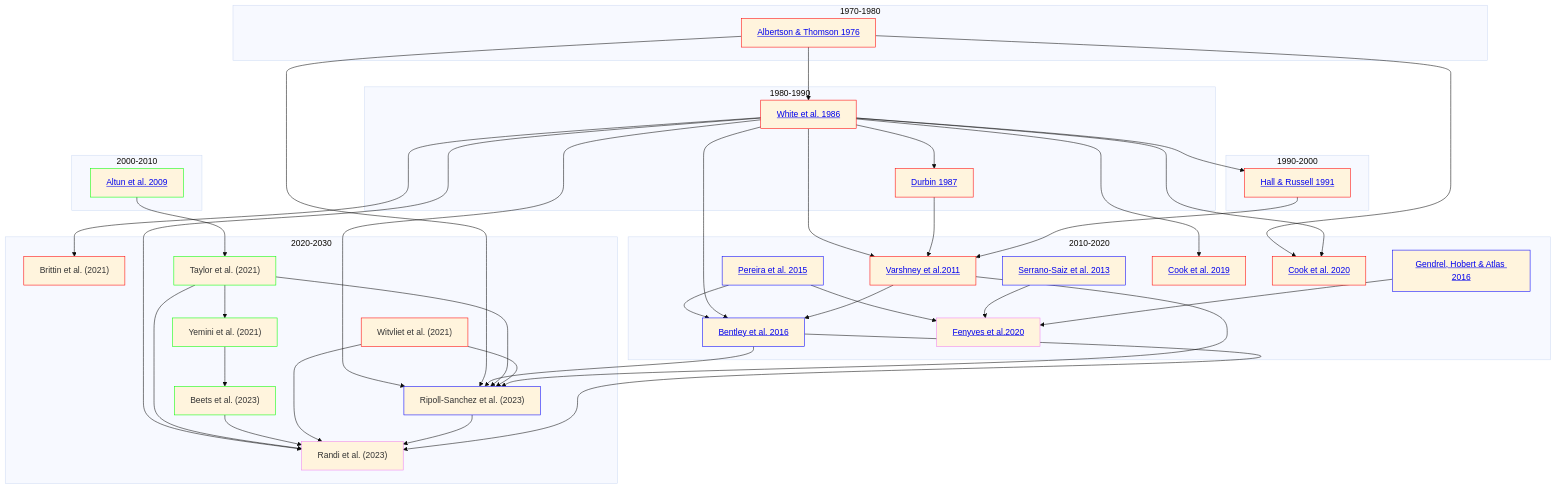
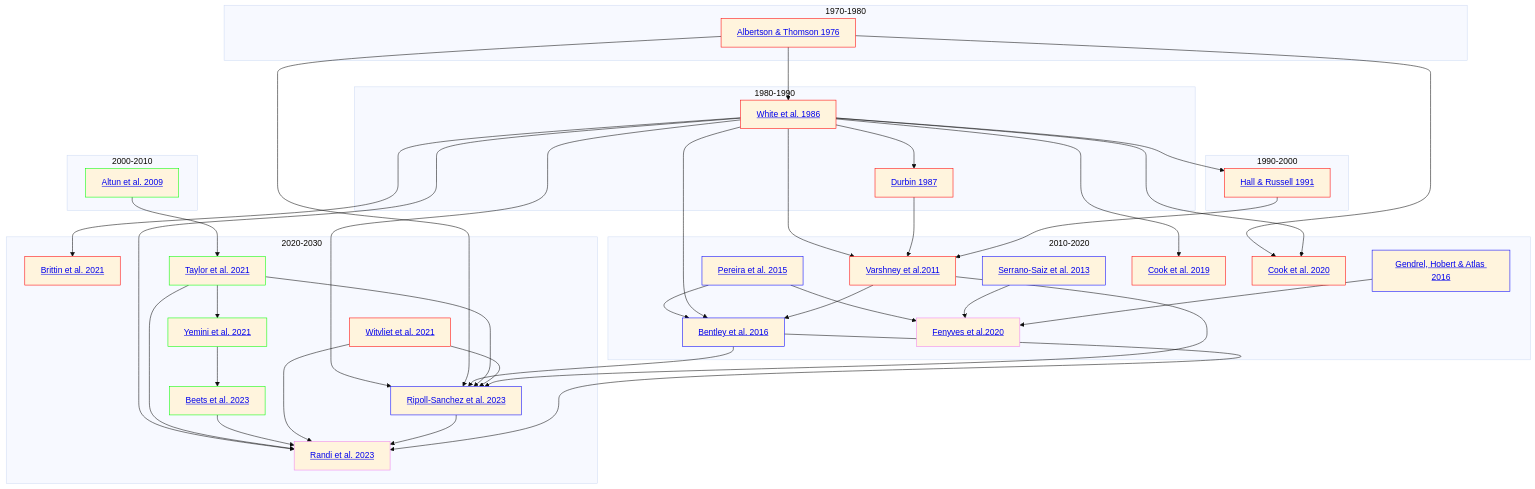
One commit to yasinthanvickneswaran/mermaidtest changed the diagram in README.md. Above: the diagram before and after it, drawn with Mermaid (base theme).

````diff
--- a/README.md
+++ b/README.md
@@ -1,66 +1,67 @@
 ```mermaid
 flowchart TD
     classDef anat stroke:#f00
     classDef gene stroke:#0f0
     classDef es stroke:#00f
     classDef func stroke:#ee82ee
 
 
     subgraph 1970-1980
     A1[<a href='https://github.com/yasinthanvickneswaran/ConnectomeToolbox/blob/main/docs/Albertson_Thompson_1976.md' >Albertson & Thomson 1976</a>]:::anat
     end
     subgraph 1980-1990
     A[<a href='https://github.com/yasinthanvickneswaran/ConnectomeToolbox/blob/main/docs/White_1986.md' >White et al. 1986</a>]:::anat & B[<a href='https://github.com/yasinthanvickneswaran/ConnectomeToolbox/blob/main/docs/Durbin_1987.md' >Durbin 1987</a>]:::anat
     end
 
     subgraph 1990-2000
     A2[<a href='https://github.com/yasinthanvickneswaran/ConnectomeToolbox/blob/main/docs/Hall_1991.md' >Hall & Russell 1991</a>]:::anat
     end
 
     subgraph 2000-2010
     C[<a href='https://github.com/yasinthanvickneswaran/ConnectomeToolbox/blob/main/docs/Altun_2009.md' >Altun et al. 2009</a>]:::gene 
     end
 
     subgraph 2010-2020
     D[<a href='https://github.com/yasinthanvickneswaran/ConnectomeToolbox/blob/main/docs/Varshney_2011.md' >Varshney et al.2011</a>]:::anat & E[<a href='https://github.com/yasinthanvickneswaran/ConnectomeToolbox/blob/main/docs/Pereira_2015.md' >Pereira et al. 2015</a>]:::es & E1[<a href='https://github.com/yasinthanvickneswaran/ConnectomeToolbox/blob/main/docs/Serrano_2013.md' >Serrano-Saiz et al. 2013</a>]:::es  & E2[<a href='https://github.com/yasinthanvickneswaran/ConnectomeToolbox/blob/main/docs/Gendrel_2016.md' >Gendrel, Hobert & Atlas 2016</a>]:::es & F[<a href='https://github.com/yasinthanvickneswaran/ConnectomeToolbox/blob/main/docs/Bentley_2016.md' >Bentley et al. 2016 </a>]:::es & G[<a href='https://github.com/yasinthanvickneswaran/ConnectomeToolbox/blob/main/docs/Cook_2019.md' >Cook et al. 2019</a>]:::anat & H[<a href='https://github.com/yasinthanvickneswaran/ConnectomeToolbox/blob/main/docs/Fenyves_2020.md' >Fenyves et al.2020</a>]:::func & I[<a href='https://github.com/yasinthanvickneswaran/ConnectomeToolbox/blob/main/docs/Cook_2020.md' >Cook et al. 2020</a>]:::anat
     end
+
     subgraph 2020-2030
-    J["Brittin et al. (2021)"]:::anat & K["Witvliet et al. (2021)"]:::anat & L["Taylor et al. (2021)"]:::gene & M["Yemini et al. (2021)"]:::gene & N["Beets et al. (2023)"]:::gene & P["Randi et al. (2023)"]:::func & NP["Ripoll-Sanchez et al. (2023)"]:::es
+    J[<a href='https://github.com/yasinthanvickneswaran/ConnectomeToolbox/blob/main/docs/Brittin_2021.md' >Brittin et al. 2021</a>]:::anat & K[<a href='https://github.com/yasinthanvickneswaran/ConnectomeToolbox/blob/main/docs/Witvliet_2021.md' >Witvliet et al. 2021</a>]:::anat & L[<a href='https://github.com/yasinthanvickneswaran/ConnectomeToolbox/blob/main/docs/Taylor_2021.md' >Taylor et al. 2021</a>]:::gene & M[<a href='https://github.com/yasinthanvickneswaran/ConnectomeToolbox/blob/main/docs/Yemini_2021.md' >Yemini et al. 2021</a>]:::gene & N[<a href='https://github.com/yasinthanvickneswaran/ConnectomeToolbox/blob/main/docs/Beets_2023.md' >Beets et al. 2023</a>]:::gene & P[<a href='https://github.com/yasinthanvickneswaran/ConnectomeToolbox/blob/main/docs/Randi_2023.md' >Randi et al. 2023</a>]:::func & NP[<a href='https://github.com/yasinthanvickneswaran/ConnectomeToolbox/blob/main/docs/Ripoll_2023.md' >Ripoll-Sanchez et al. 2023</a>]:::es
     end     
 
 
     E --> H
     E1 --> H
     E2 --> H
     E --> F
     C --> L
     L --> M
     M --> N
     A --> B
     A1 --> A
     A1 --> I
     A  --> A2
     A --> D
     B --> D
     A2 --> D
     A --> G
     A --> I
     A --> J
     A --> F
     D --> F
     A --> NP
     A1 --> NP
     F --> NP
     L --> NP
     K --> NP
     D --> NP
     A --> P
     L --> P
     N --> P
     K --> P
     NP --> P
     F --> P
 
     
     
 ```
````
